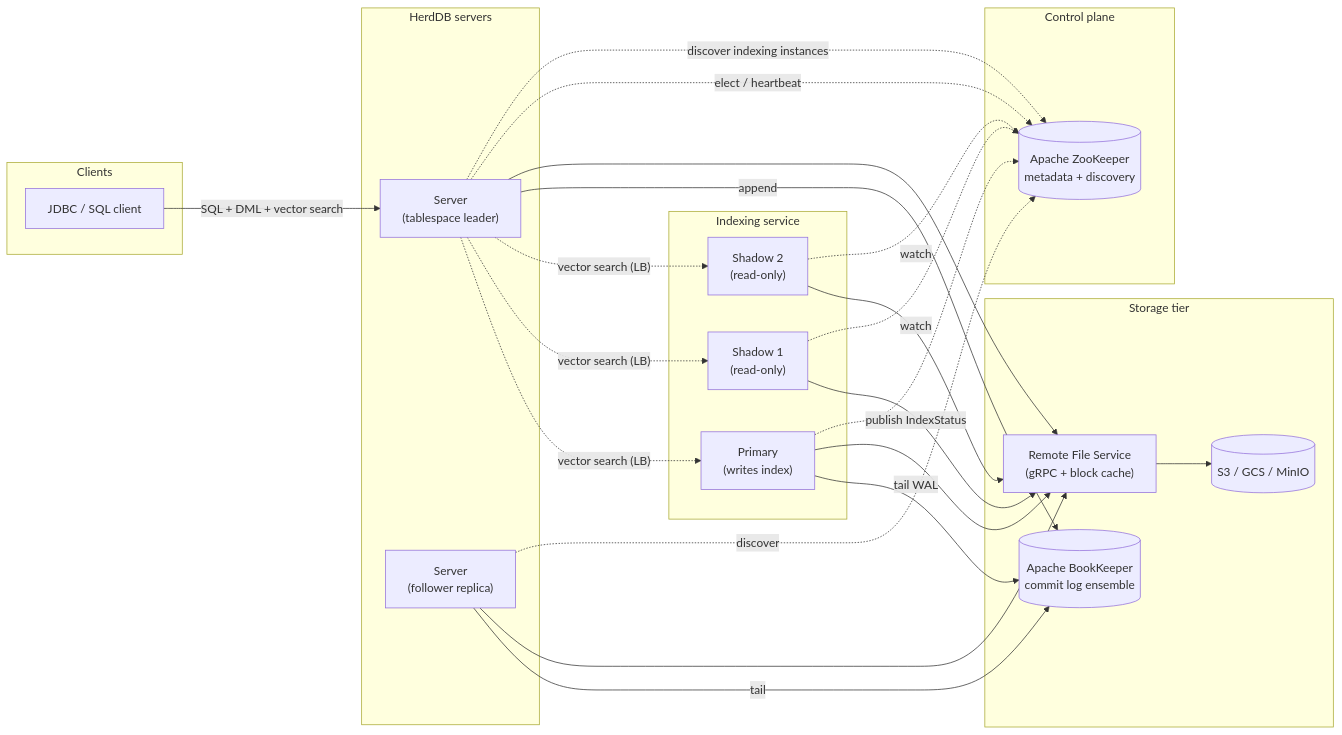
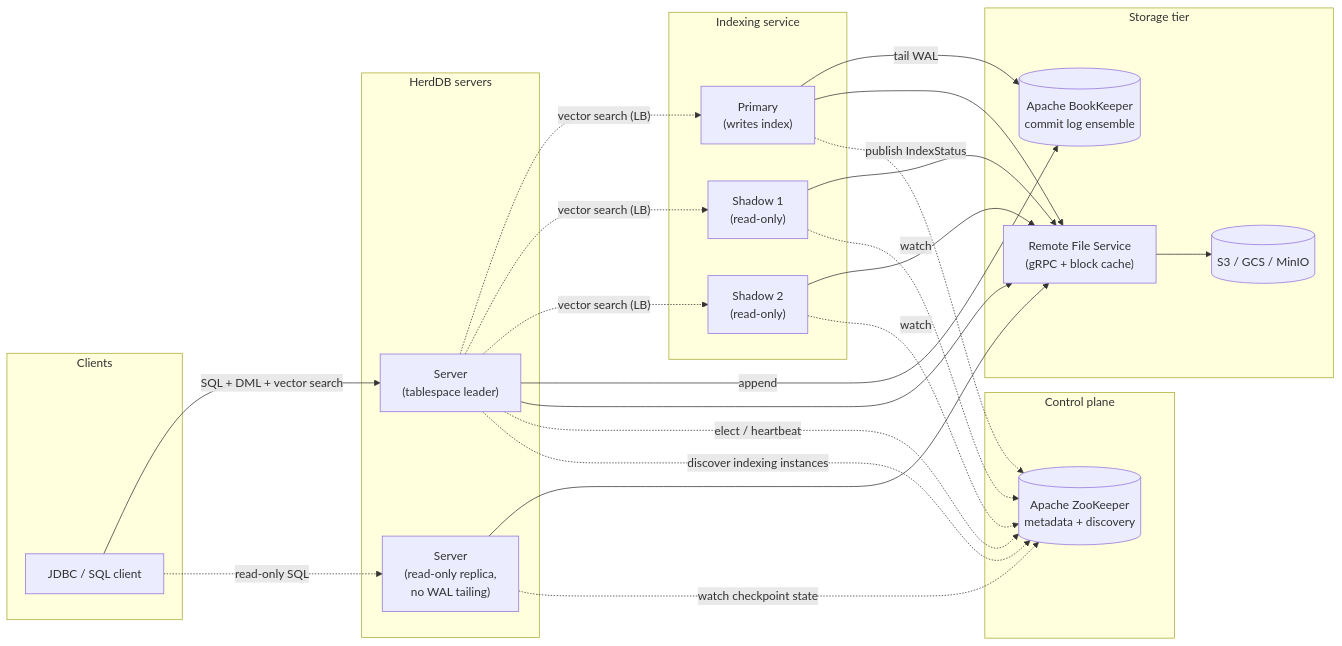
One commit to eolivelli/herddb changed the first of 6 diagrams in README.md. Above: the diagram before and after it, drawn with Mermaid. The commit also changed other lines of this file, not shown here.

First line of the commit message:
README: split SQL replicas into vector-search vs classic profiles

````diff
--- a/README.md
+++ b/README.md
@@ -57,50 +57,50 @@
 ```mermaid
 flowchart LR
   subgraph Clients
     CLI["JDBC / SQL client"]
   end
 
   subgraph "Control plane"
     ZK[("Apache ZooKeeper<br/>metadata + discovery")]
   end
 
   subgraph "HerdDB servers"
     Leader["Server<br/>(tablespace leader)"]
-    Replica["Server<br/>(follower replica)"]
+    Replica["Server<br/>(read-only replica,<br/>no WAL tailing)"]
   end
 
   subgraph "Indexing service"
     ISvcP["Primary<br/>(writes index)"]
     ISvcS1["Shadow 1<br/>(read-only)"]
     ISvcS2["Shadow 2<br/>(read-only)"]
   end
 
   subgraph "Storage tier"
     BK[("Apache BookKeeper<br/>commit log ensemble")]
     RFS["Remote File Service<br/>(gRPC + block cache)"]
     OBJ[("S3 / GCS / MinIO")]
   end
 
   CLI -->|SQL + DML + vector search| Leader
+  CLI -. read-only SQL .-> Replica
   Leader -. vector search (LB) .-> ISvcP
   Leader -. vector search (LB) .-> ISvcS1
   Leader -. vector search (LB) .-> ISvcS2
 
   Leader -->|append| BK
-  Replica -->|tail| BK
   ISvcP -->|tail WAL| BK
 
   Leader --> RFS
   Replica --> RFS
   ISvcP --> RFS
   ISvcS1 --> RFS
   ISvcS2 --> RFS
   RFS --> OBJ
 
   Leader -. elect / heartbeat .-> ZK
-  Replica -. discover .-> ZK
+  Replica -. watch checkpoint state .-> ZK
   Leader -. discover indexing instances .-> ZK
   ISvcP -. publish IndexStatus .-> ZK
   ISvcS1 -. watch .-> ZK
   ISvcS2 -. watch .-> ZK
 ```
````
